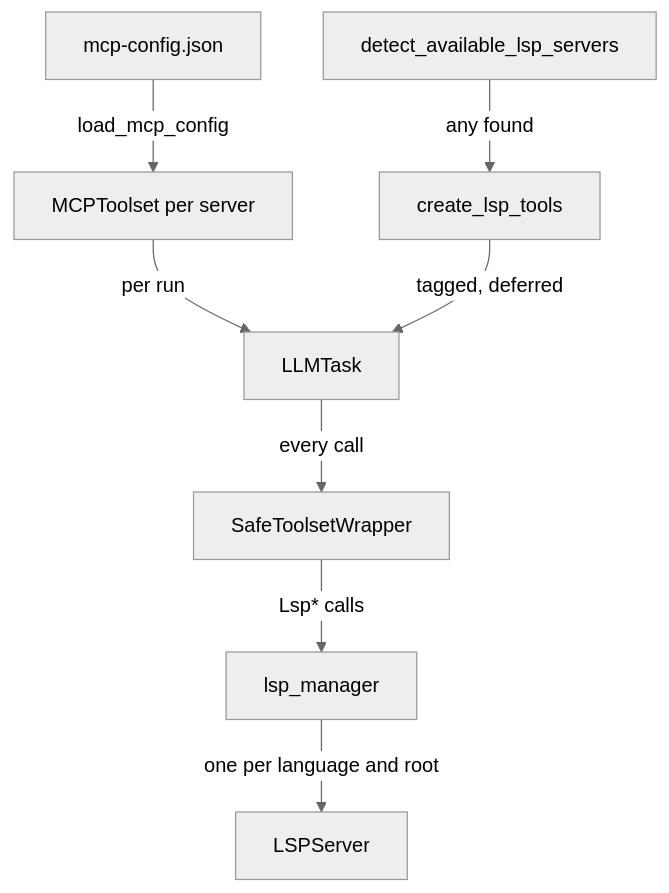
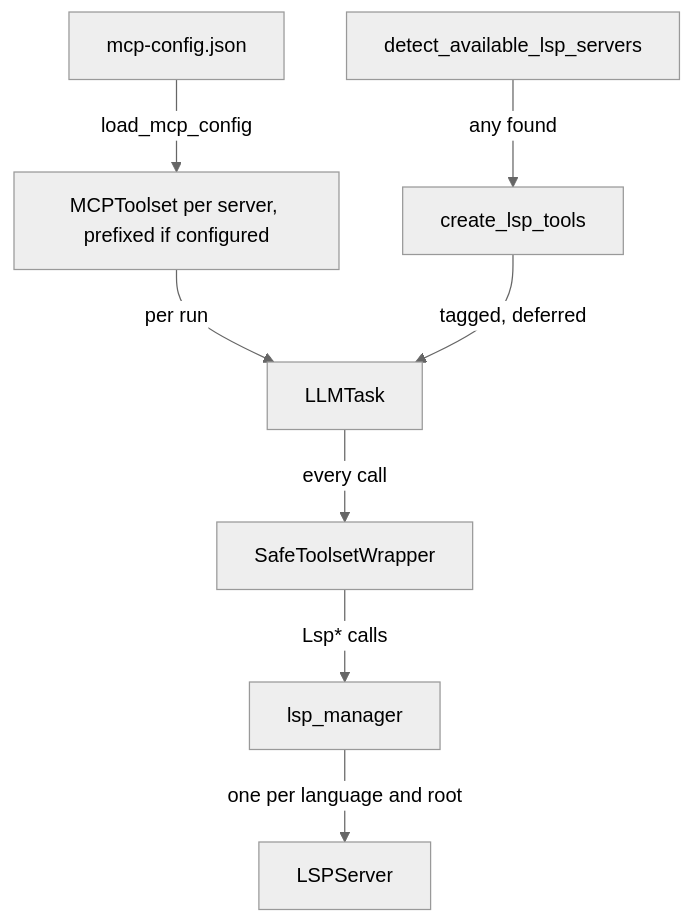
The first of 3 diagrams in docs/architecture/3-peripheral-flow/mcp-and-lsp.md (state-alchemists/zrb), drawn with Mermaid (neutral theme) before and after one commit. The commit also changed other lines of this file and 3 other files, not shown here.

````diff
--- a/docs/architecture/3-peripheral-flow/mcp-and-lsp.md
+++ b/docs/architecture/3-peripheral-flow/mcp-and-lsp.md
@@ -58,10 +58,10 @@
 ```mermaid
 flowchart TD
-    Cfg[mcp-config.json] -->|load_mcp_config| Sets[MCPToolset per server]
+    Cfg[mcp-config.json] -->|load_mcp_config| Sets[MCPToolset per server, prefixed if configured]
     Sets -->|per run| Task[LLMTask]
     Detect[detect_available_lsp_servers] -->|any found| Tools[create_lsp_tools]
     Tools -->|tagged, deferred| Task
     Task -->|every call| Gate[SafeToolsetWrapper]
     Gate -->|Lsp* calls| Mgr[lsp_manager]
     Mgr -->|one per language and root| Srv[LSPServer]
 ```
````
